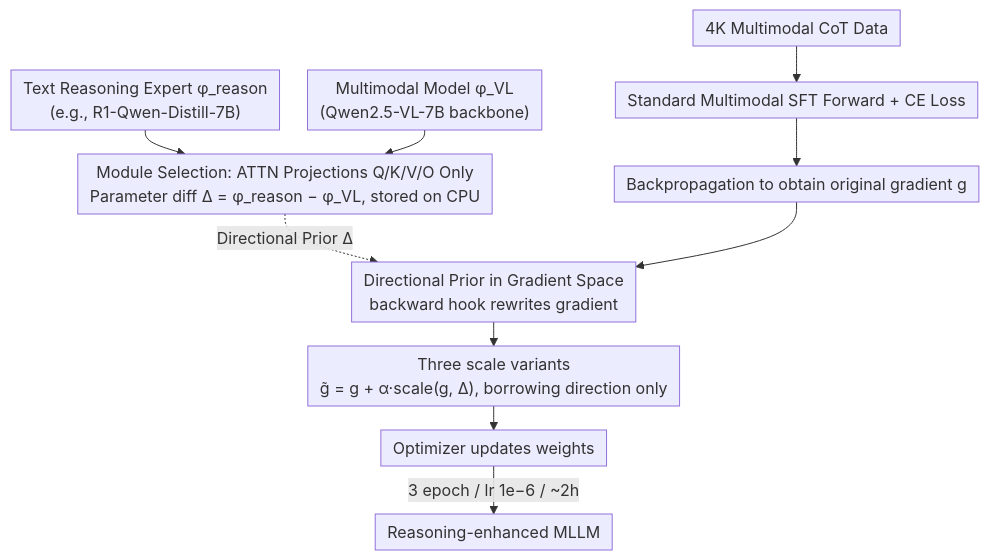
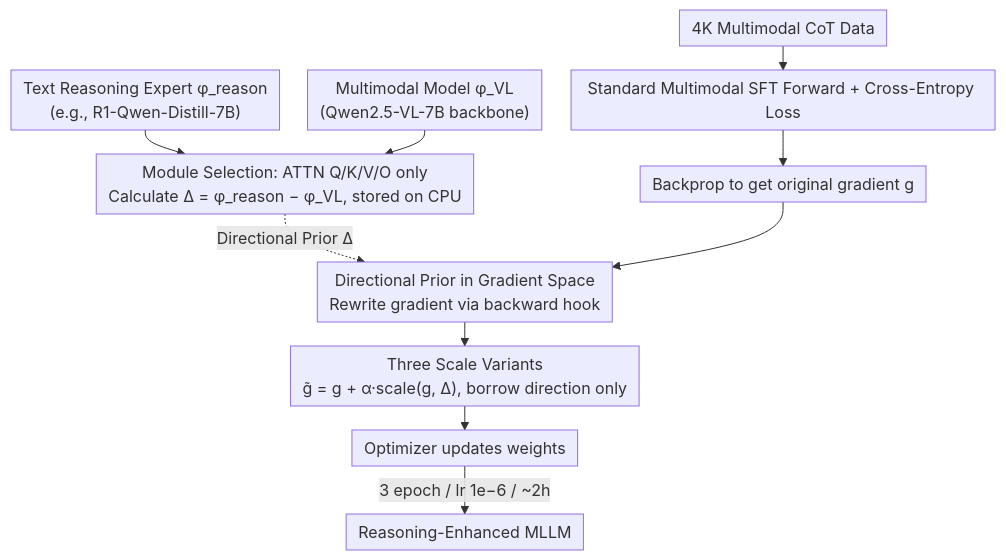
One commit to zhaoyang97/Paper-Notes-en changed the diagram in docs/ACL2026/vlm_reasoning/drift_transferring_reasoning_priors_for_efficient_mllm_fine-tuning.md. Above: the diagram before and after it, drawn with Mermaid. The commit also changed other lines of this file and 5084 other files, not shown here.

````diff
--- a/docs/ACL2026/vlm_reasoning/drift_transferring_reasoning_priors_for_efficient_mllm_fine-tuning.md
+++ b/docs/ACL2026/vlm_reasoning/drift_transferring_reasoning_priors_for_efficient_mllm_fine-tuning.md
@@ -48,14 +48,14 @@
 ```mermaid
 %%{init: {'flowchart': {'rankSpacing': 24, 'nodeSpacing': 28, 'padding': 6, 'wrappingWidth': 400}}}%%
 flowchart TD
     A["Text Reasoning Expert φ_reason<br/>(e.g., R1-Qwen-Distill-7B)"] --> C
     B["Multimodal Model φ_VL<br/>(Qwen2.5-VL-7B backbone)"] --> C
-    C["Module Selection: ATTN Projections Q/K/V/O Only<br/>Parameter diff Δ = φ_reason − φ_VL, stored on CPU"]
-    D["4K Multimodal CoT Data"] --> E["Standard Multimodal SFT Forward + CE Loss"]
-    E --> F["Backpropagation to obtain original gradient g"]
+    C["Module Selection: ATTN Q/K/V/O only<br/>Calculate Δ = φ_reason − φ_VL, stored on CPU"]
+    D["4K Multimodal CoT Data"] --> E["Standard Multimodal SFT Forward + Cross-Entropy Loss"]
+    E --> F["Backprop to get original gradient g"]
     C -.Directional Prior Δ.-> G
-    F --> G["Directional Prior in Gradient Space<br/>backward hook rewrites gradient"]
-    G --> H["Three scale variants<br/>g̃ = g + α·scale(g, Δ), borrowing direction only"]
+    F --> G["Directional Prior in Gradient Space<br/>Rewrite gradient via backward hook"]
+    G --> H["Three Scale Variants<br/>g̃ = g + α·scale(g, Δ), borrow direction only"]
     H --> I["Optimizer updates weights"]
-    I -->|3 epoch / lr 1e−6 / ~2h| J["Reasoning-enhanced MLLM"]
+    I -->|3 epoch / lr 1e−6 / ~2h| J["Reasoning-Enhanced MLLM"]
 ```
````
